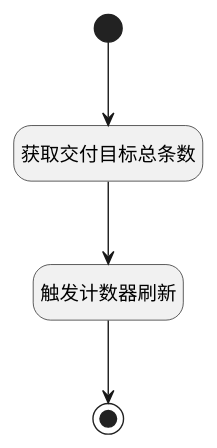
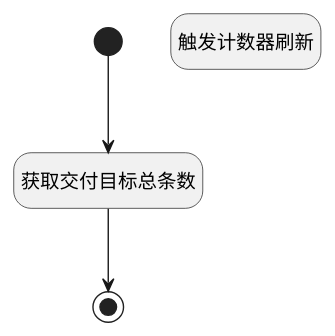
One commit to iBizLab/plm changed the diagram in doc/docsify/module/Base/deliverable/uilogic/get_deliverable_total.md. Above: the diagram before and after it, drawn with PlantUML. The commit also changed other lines of this file and 1473 other files, not shown here.

````diff
--- a/doc/docsify/module/Base/deliverable/uilogic/get_deliverable_total.md
+++ b/doc/docsify/module/Base/deliverable/uilogic/get_deliverable_total.md
@@ -7,23 +7,22 @@
 ```plantuml
 @startuml
 hide footbox
 <style>
 root {
   HyperlinkColor #42b983
 }
 </style>
 
 hide empty description
 state "开始" as Begin <<start>> [[$./get_deliverable_total#begin {开始}]]
 state "获取交付目标总条数" as RAWJSCODE2  [[$./get_deliverable_total#rawjscode2 {获取交付目标总条数}]]
 state "触发计数器刷新" as RAWJSCODE3  [[$./get_deliverable_total#rawjscode3 {触发计数器刷新}]]
 state "结束" as END1 <<end>> [[$./get_deliverable_total#end1 {结束}]]
 
 
 Begin --> RAWJSCODE2
-RAWJSCODE2 --> RAWJSCODE3
-RAWJSCODE3 --> END1
+RAWJSCODE2 --> END1
 
 
 @enduml
 ```
````
